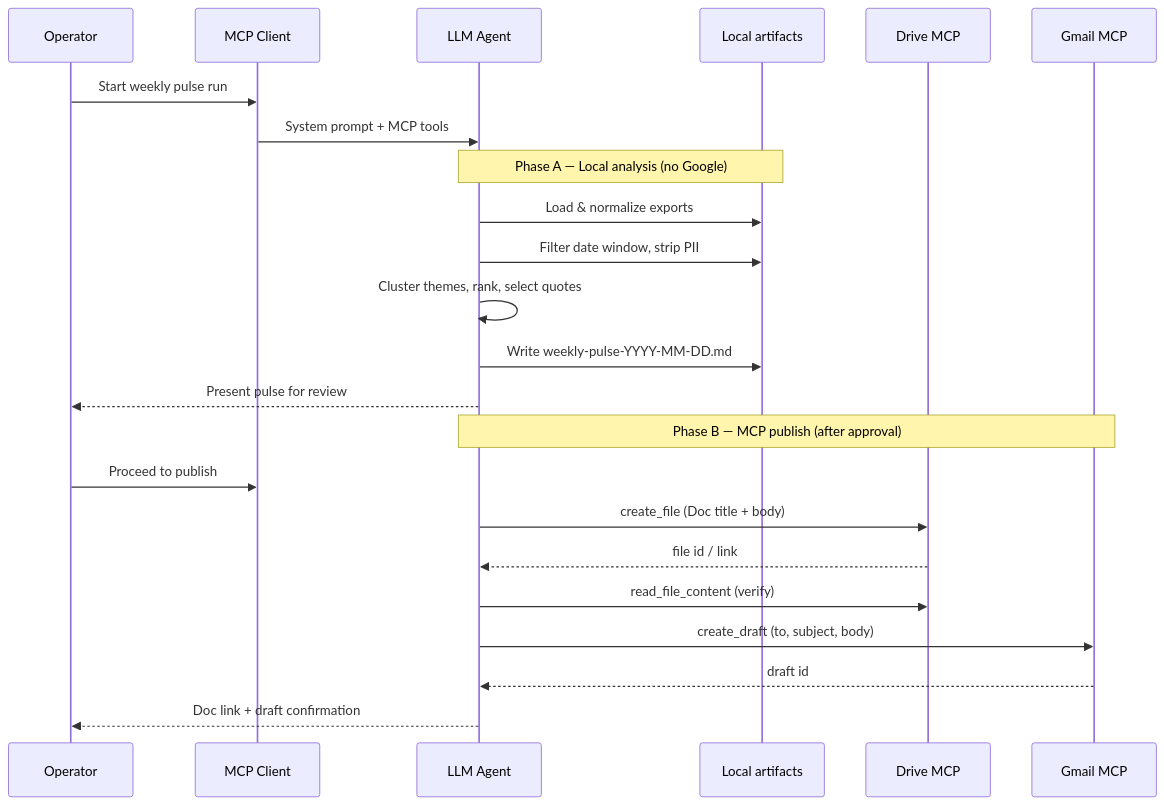
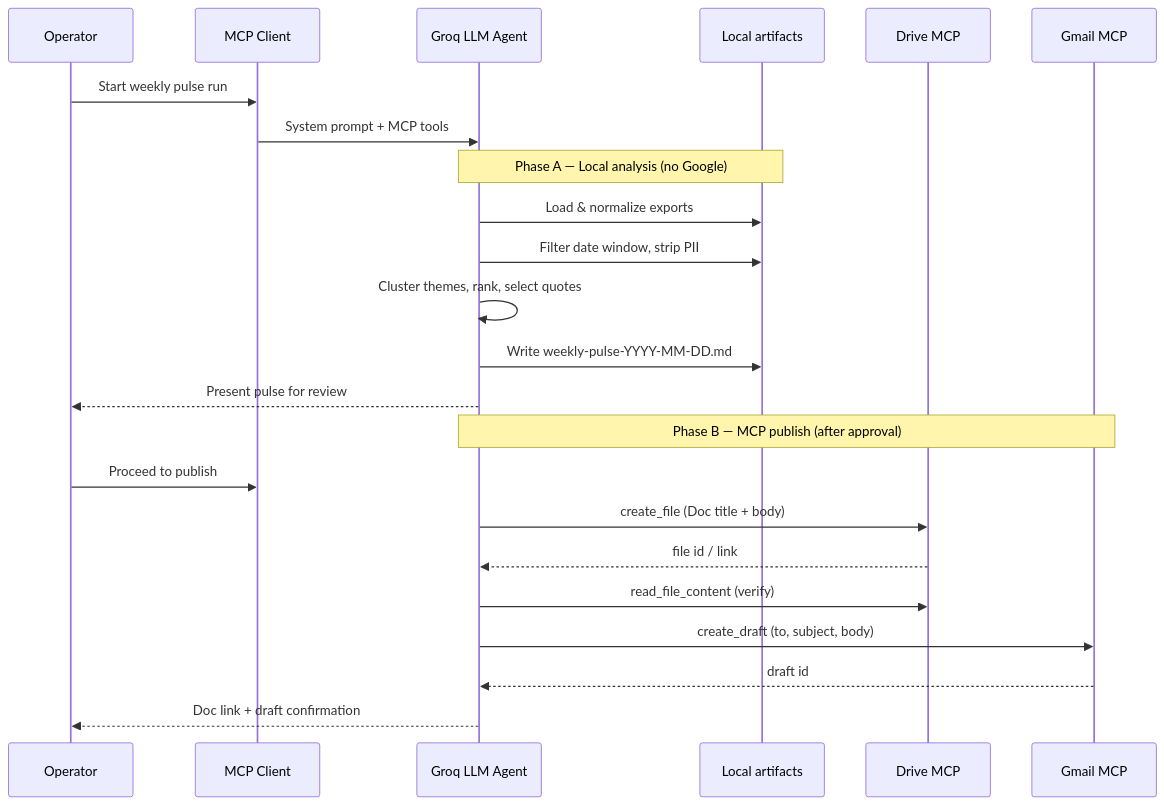
One commit to alekhya2395/Milestone-3---AI-agent-MCP changed the sixth of 7 diagrams in docs/architecture.md. Above: the diagram before and after it, drawn with Mermaid. The commit also changed other lines of this file and 69 other files, not shown here.

````diff
--- a/docs/architecture.md
+++ b/docs/architecture.md
@@ -271,28 +403,28 @@
 ```mermaid
 sequenceDiagram
     participant Op as Operator
     participant Client as MCP Client
-    participant Agent as LLM Agent
+    participant Agent as Groq LLM Agent
     participant Local as Local artifacts
     participant Drive as Drive MCP
     participant Gmail as Gmail MCP
 
     Op->>Client: Start weekly pulse run
     Client->>Agent: System prompt + MCP tools
 
     Note over Agent,Local: Phase A — Local analysis (no Google)
     Agent->>Local: Load & normalize exports
     Agent->>Local: Filter date window, strip PII
     Agent->>Agent: Cluster themes, rank, select quotes
     Agent->>Local: Write weekly-pulse-YYYY-MM-DD.md
     Agent-->>Op: Present pulse for review
 
     Note over Agent,Gmail: Phase B — MCP publish (after approval)
     Op->>Client: Proceed to publish
     Agent->>Drive: create_file (Doc title + body)
     Drive-->>Agent: file id / link
     Agent->>Drive: read_file_content (verify)
     Agent->>Gmail: create_draft (to, subject, body)
     Gmail-->>Agent: draft id
     Agent-->>Op: Doc link + draft confirmation
 ```
````
